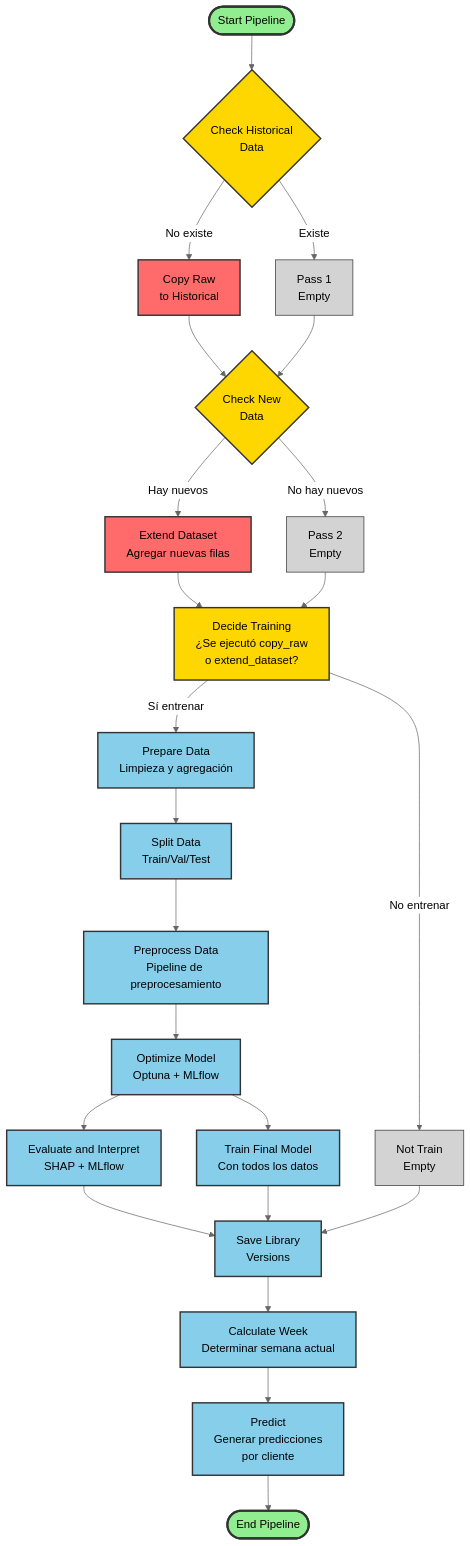
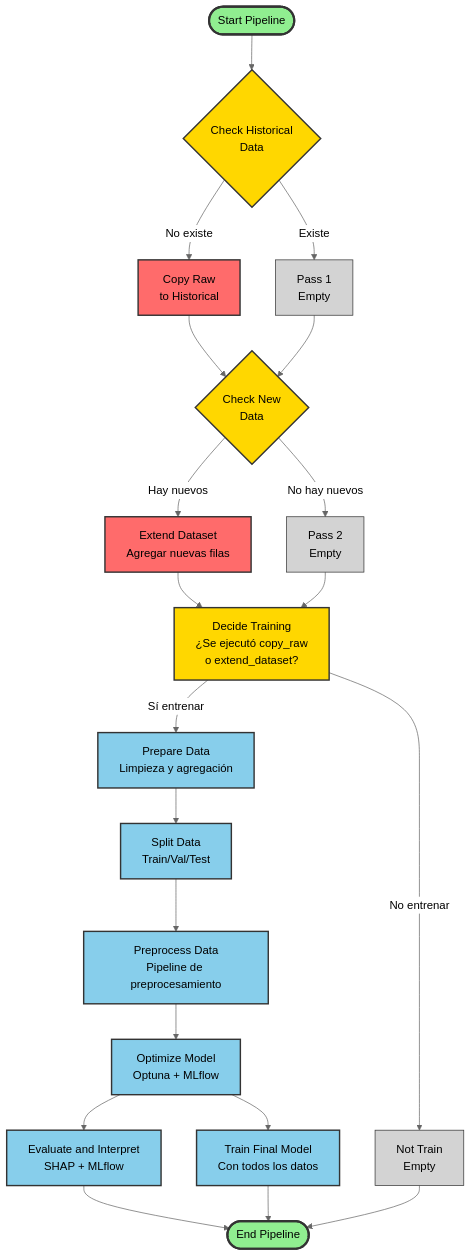
One commit to jesuvalenzuela/NanSquad changed the diagram in Proyecto/entrega2/airflow/diagrama_flujo_dag.md. Above: the diagram before and after it, drawn with Mermaid (neutral theme). The commit also changed other lines of this file and 13 other files, not shown here.

````diff
--- a/Proyecto/entrega2/airflow/diagrama_flujo_dag.md
+++ b/Proyecto/entrega2/airflow/diagrama_flujo_dag.md
@@ -5,56 +5,51 @@
 ```mermaid
 flowchart TD
     Start([Start Pipeline]) --> CheckHist{Check Historical<br/>Data}
     
     %% Primera bifurcación: ¿Existe histórico?
     CheckHist -->|No existe| CopyRaw[Copy Raw<br/>to Historical]
     CheckHist -->|Existe| Pass1[Pass 1<br/>Empty]
     
     %% Ambas ramas convergen
     CopyRaw --> CheckNew{Check New<br/>Data}
     Pass1 --> CheckNew
     
     %% Segunda bifurcación: ¿Hay datos nuevos?
     CheckNew -->|Hay nuevos| ExtendDS[Extend Dataset<br/>Agregar nuevas filas]
     CheckNew -->|No hay nuevos| Pass2[Pass 2<br/>Empty]
     
     %% Ambas ramas convergen
     ExtendDS --> DecideTrain[Decide Training<br/>¿Se ejecutó copy_raw<br/>o extend_dataset?]
     Pass2 --> DecideTrain
     
     %% Tercera bifurcación: ¿Entrenar modelo?
     DecideTrain -->|Sí entrenar| PrepData[Prepare Data<br/>Limpieza y agregación]
     DecideTrain -->|No entrenar| NotTrain[Not Train<br/>Empty]
     
     %% Flujo de entrenamiento
     PrepData --> Split[Split Data<br/>Train/Val/Test]
     Split --> Preproc[Preprocess Data<br/>Pipeline de preprocesamiento]
     Preproc --> Optimize[Optimize Model<br/>Optuna + MLflow]
     
     %% Bifurcación en paralelo
     Optimize --> Evaluate[Evaluate and Interpret<br/>SHAP + MLflow]
     Optimize --> TrainFinal[Train Final Model<br/>Con todos los datos]
-    
+
     %% Convergencia final
-    Evaluate --> SaveVer[Save Library<br/>Versions]
-    TrainFinal --> SaveVer
-    NotTrain --> SaveVer
-    
-    %% Nuevas tareas de predicción
-    SaveVer --> CalcWeek[Calculate Week<br/>Determinar semana actual]
-    CalcWeek --> Predict[Predict<br/>Generar predicciones<br/>por cliente]
-    Predict --> End([End Pipeline])
+    Evaluate --> End([End Pipeline])
+    TrainFinal --> End
+    NotTrain --> End
     
     %% Estilos
     classDef startEnd fill:#90EE90,stroke:#333,stroke-width:3px
     classDef decision fill:#FFD700,stroke:#333,stroke-width:2px
     classDef process fill:#87CEEB,stroke:#333,stroke-width:2px
     classDef empty fill:#D3D3D3,stroke:#333,stroke-width:1px
     classDef important fill:#FF6B6B,stroke:#333,stroke-width:2px
-    
+
     class Start,End startEnd
     class CheckHist,CheckNew,DecideTrain decision
-    class PrepData,Split,Preproc,Optimize,Evaluate,TrainFinal,SaveVer,CalcWeek,Predict process
+    class PrepData,Split,Preproc,Optimize,Evaluate,TrainFinal process
     class Pass1,Pass2,NotTrain empty
     class CopyRaw,ExtendDS important
 ```
````
